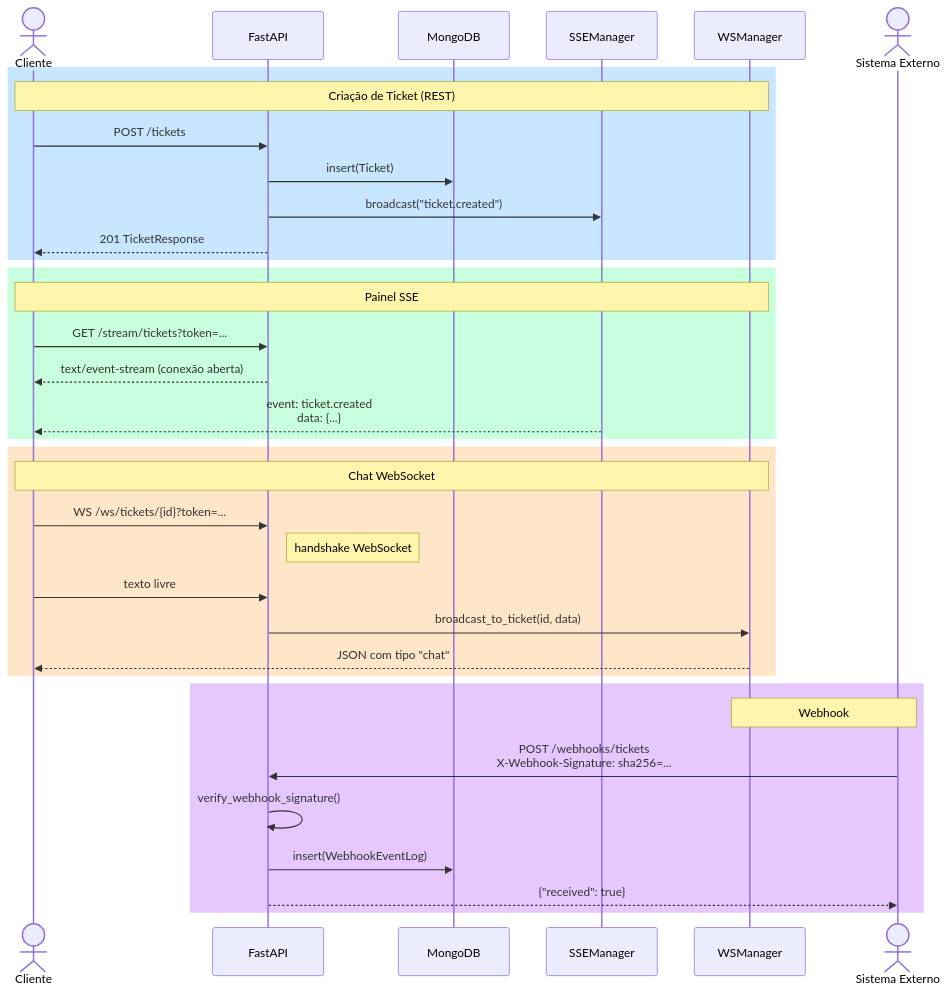
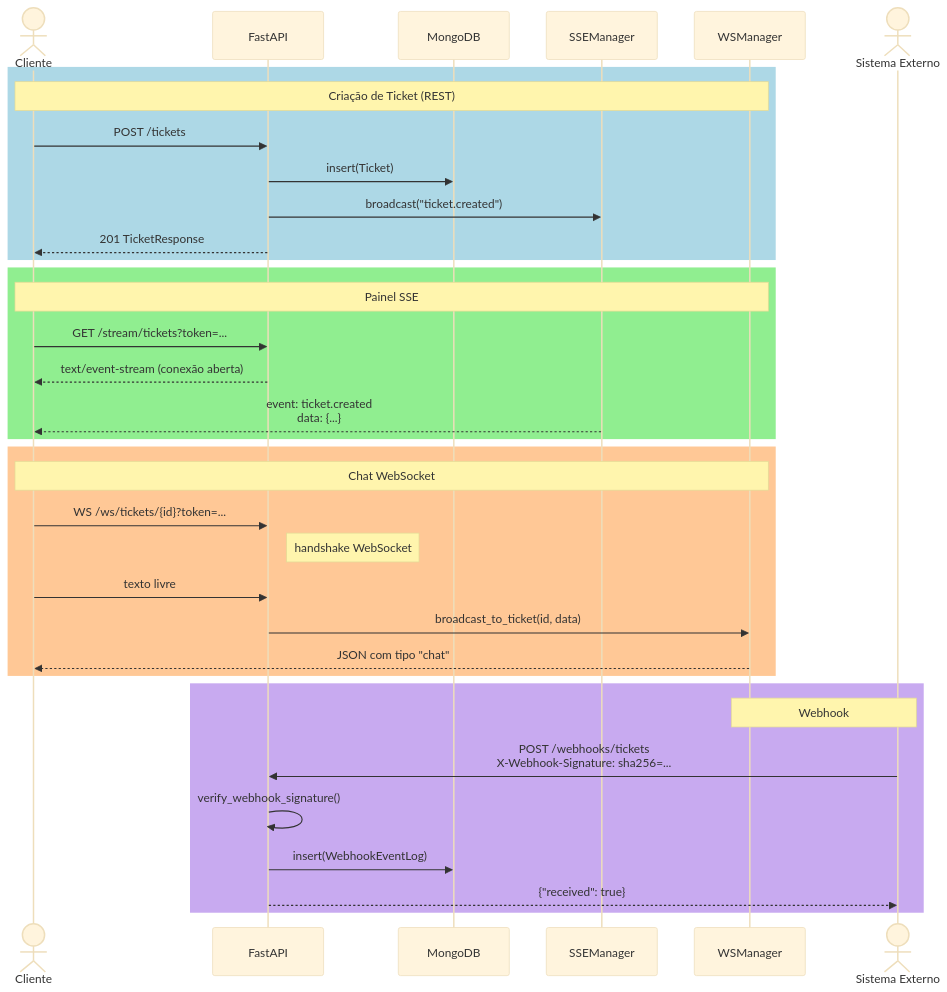
Before and after one commit to Romario17/api-tutorial: the second of 6 diagrams in README.md, drawn with Mermaid.

Commit message:
Improve communication flow diagram readability with larger font and more contrasting colors

````diff
--- a/README.md
+++ b/README.md
@@ -221,41 +221,42 @@
 ```mermaid
+%%{init: {'theme': 'base', 'themeVariables': {'fontSize': '16px', 'fontFamily': 'arial'}}}%%
 sequenceDiagram
     actor Cliente
     participant API as FastAPI
     participant DB as MongoDB
     participant SSE as SSEManager
     participant WS as WSManager
     actor Externo as Sistema Externo
 
-    rect rgb(200, 230, 255)
+    rect rgb(173, 216, 230)
         note over Cliente,WS: Criação de Ticket (REST)
         Cliente->>API: POST /tickets
         API->>DB: insert(Ticket)
         API->>SSE: broadcast("ticket.created")
         API-->>Cliente: 201 TicketResponse
     end
 
-    rect rgb(200, 255, 220)
+    rect rgb(144, 238, 144)
         note over Cliente,WS: Painel SSE
         Cliente->>API: GET /stream/tickets?token=...
         API-->>Cliente: text/event-stream (conexão aberta)
         SSE-->>Cliente: event: ticket.created<br/>data: {...}
     end
 
-    rect rgb(255, 230, 200)
+    rect rgb(255, 200, 150)
         note over Cliente,WS: Chat WebSocket
         Cliente->>API: WS /ws/tickets/{id}?token=...
         note right of API: handshake WebSocket
         Cliente->>API: texto livre
         API->>WS: broadcast_to_ticket(id, data)
         WS-->>Cliente: JSON com tipo "chat"
     end
 
-    rect rgb(230, 200, 255)
+    rect rgb(200, 170, 240)
         note over Externo,WS: Webhook
         Externo->>API: POST /webhooks/tickets<br/>X-Webhook-Signature: sha256=...
         API->>API: verify_webhook_signature()
         API->>DB: insert(WebhookEventLog)
         API-->>Externo: {"received": true}
     end
 ```
````
